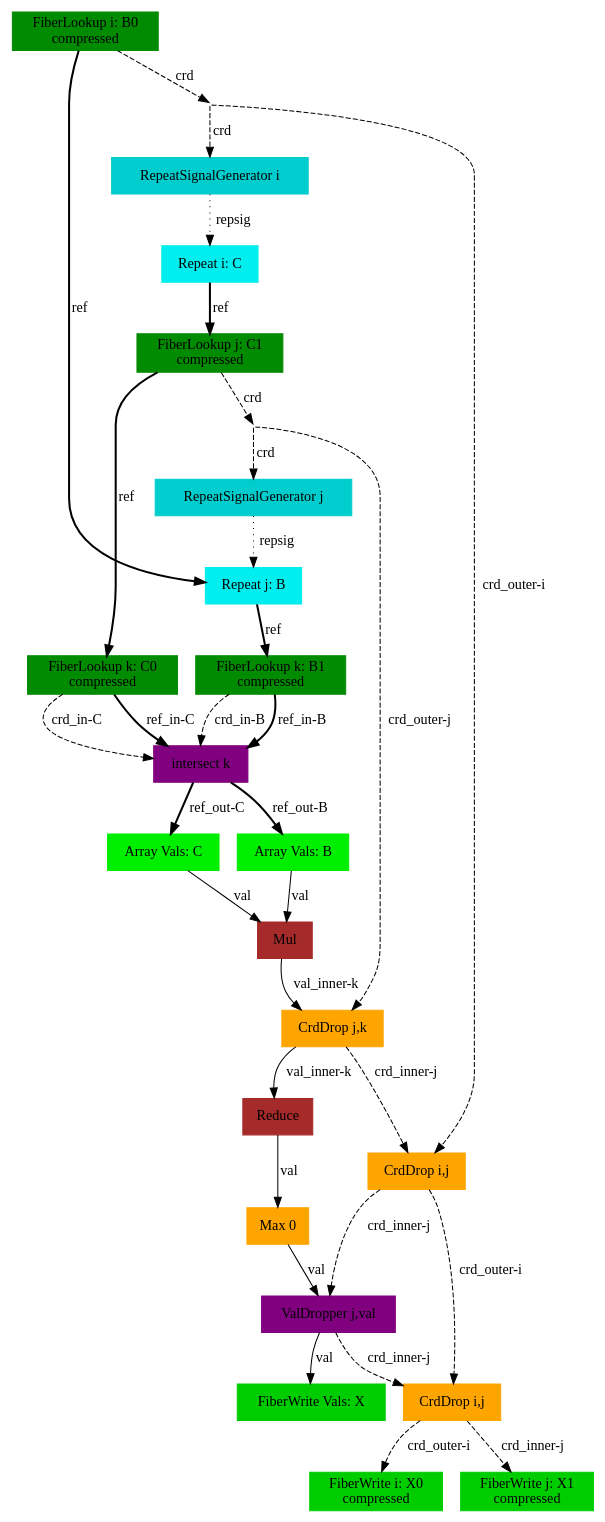
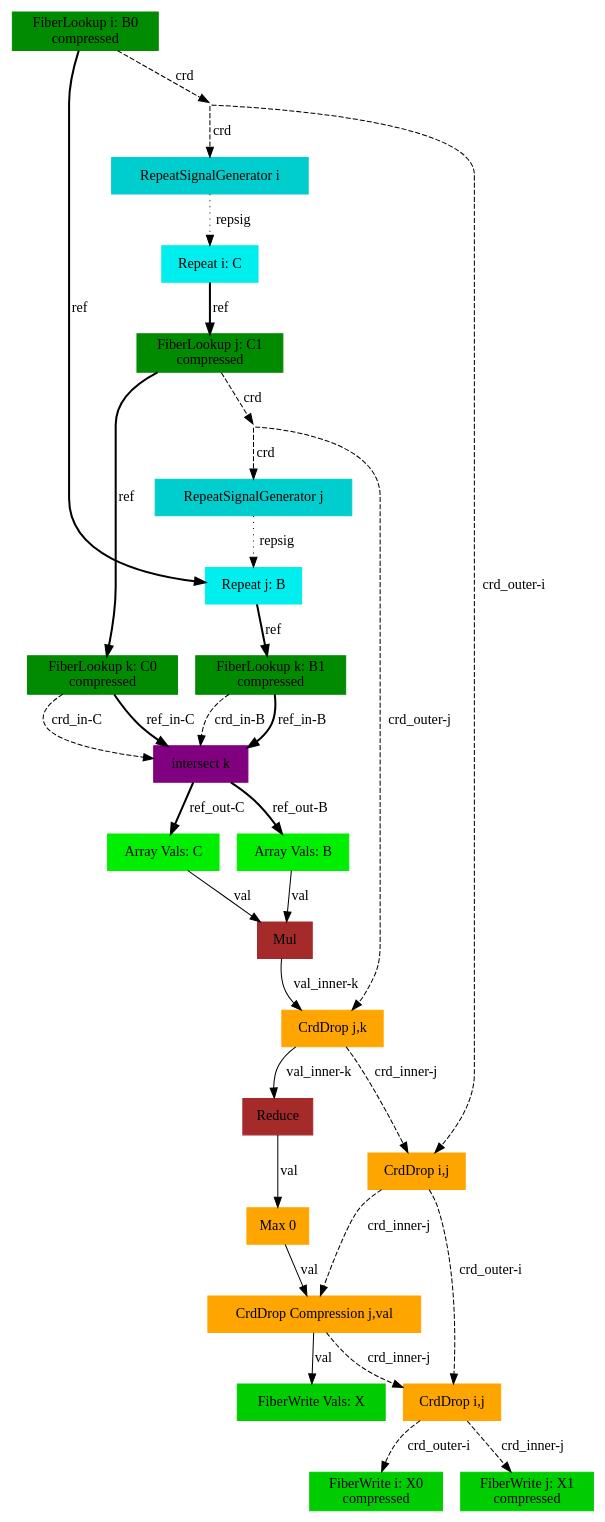
One commit to weiya711/sam changed the diagram in compiler/sam-outputs/opal-dot/matmul_ijk_crddrop_relu.gv. Above: the diagram before and after it, drawn with Graphviz.

Commit message:
updated matmul_ijk_relu graph

```diff
--- a/compiler/sam-outputs/opal-dot/matmul_ijk_crddrop_relu.gv
+++ b/compiler/sam-outputs/opal-dot/matmul_ijk_crddrop_relu.gv
@@ -1,60 +1,60 @@
 digraph SAM {
     comment="X=ss01,B=ss01,C=ss10"
     17 [comment="type=fiberlookup,index=i,tensor=B,mode=0,format=compressed,src=true,root=true" label="FiberLookup i: B0\ncompressed" color=green4 shape=box style=filled type="fiberlookup" index="i" tensor="B" mode="0" format="compressed" src="true" root="true"]
     16 [comment="type=broadcast" shape=point style=invis type="broadcast"]
     2 [comment="type=fiberwrite,index=i,tensor=X,mode=0,format=compressed,segsize=2,crdsize=B0_dim,sink=true" label="FiberWrite i: X0\ncompressed" color=green3 shape=box style=filled type="fiberwrite" index="i" tensor="X" mode="0" format="compressed" segsize="2" crdsize="B0_dim" sink="true"]
     15 [comment="type=repsiggen,index=i" label="RepeatSignalGenerator i" color=cyan3 shape=box style=filled type="repsiggen" index="i"]
     14 [comment="type=repeat,index=i,tensor=C,root=true" label="Repeat i: C" color=cyan2 shape=box style=filled type="repeat" index="i" tensor="C" root="true"]
     13 [comment="type=fiberlookup,index=j,tensor=C,mode=1,format=compressed,src=true,root=false" label="FiberLookup j: C1\ncompressed" color=green4 shape=box style=filled type="fiberlookup" index="j" tensor="C" mode="1" format="compressed" src="true" root="false"]
     12 [comment="type=broadcast" shape=point style=invis type="broadcast"]
     1 [comment="type=fiberwrite,index=j,tensor=X,mode=1,format=compressed,segsize=B0_dim+1,crdsize=B0_dim*C1_dim,sink=true" label="FiberWrite j: X1\ncompressed" color=green3 shape=box style=filled type="fiberwrite" index="j" tensor="X" mode="1" format="compressed" segsize="B0_dim+1" crdsize="B0_dim*C1_dim" sink="true"]
     11 [comment="type=repsiggen,index=j" label="RepeatSignalGenerator j" color=cyan3 shape=box style=filled type="repsiggen" index="j"]
     10 [comment="type=repeat,index=j,tensor=B,root=false" label="Repeat j: B" color=cyan2 shape=box style=filled type="repeat" index="j" tensor="B" root="false"]
     8 [comment="type=fiberlookup,index=k,tensor=B,mode=1,format=compressed,src=true,root=false" label="FiberLookup k: B1\ncompressed" color=green4 shape=box style=filled type="fiberlookup" index="k" tensor="B" mode="1" format="compressed" src="true" root="false"]
     7 [comment="type=intersect,index=k" label="intersect k" color=purple shape=box style=filled type="intersect" index="k"]
     5 [comment="type=arrayvals,tensor=B" label="Array Vals: B" color=green2 shape=box style=filled type="arrayvals" tensor="B"]
     4 [comment="type=mul" label="Mul" color=brown shape=box style=filled type="mul"]
     3 [comment="type=reduce" label="Reduce" color=brown shape=box style=filled type="reduce"]
     0 [comment="type=fiberwrite,mode=vals,tensor=X,size=1*B0_dim*C1_dim,sink=true" label="FiberWrite Vals: X" color=green3 shape=box style=filled type="fiberwrite" tensor="X" mode="vals" size="1*B0_dim*C1_dim" sink="true"]
     6 [comment="type=arrayvals,tensor=C" label="Array Vals: C" color=green2 shape=box style=filled type="arrayvals" tensor="C"]
     9 [comment="type=fiberlookup,index=k,tensor=C,mode=0,format=compressed,src=true,root=false" label="FiberLookup k: C0\ncompressed" color=green4 shape=box style=filled type="fiberlookup" index="k" tensor="C" mode="0" format="compressed" src="true" root="false"]
     18 [comment="type=crddrop,outer=i,inner=j" label="CrdDrop i,j" color=orange shape=box style=filled type="crddrop" outer="i" inner="j"]
     19 [comment="type=crddrop,outer=j,inner=k" label="CrdDrop j,k" color=orange shape=box style=filled type="crddrop" outer="j" inner="k"]
     20 [comment="type=max" label="Max 0" color=orange shape=box style=filled type="max"]
-    21 [comment="type=valdrop,outer=j,inner=val" label="ValDropper j,val" color=purple shape=box style=filled type="valdrop" outer="j" inner="val"]
+    21 [comment="type=crddrop,outer=j,inner=val,mode=0" label="CrdDrop Compression j,val" color=orange shape=box style=filled type="crddrop" outer="j" inner="val" mode="1"]
     22 [comment="type=crddrop,outer=i,inner=j" label="CrdDrop i,j" color=orange shape=box style=filled type="crddrop" outer="i" inner="j"]
     17 -> 16 [label="crd" style=dashed type="crd" comment=""]
     16 -> 15 [label="crd" style=dashed type="crd"]
     15 -> 14 [label="repsig" style=dotted type="repsig"]
     14 -> 13 [label="ref" style=bold type="ref"]
     13 -> 12 [label="crd" style=dashed type="crd" comment=""]
     12 -> 11 [label="crd" style=dashed type="crd"]
     11 -> 10 [label="repsig" style=dotted type="repsig"]
     10 -> 8 [label="ref" style=bold type="ref"]
     8 -> 7 [label="crd_in-B" style=dashed type="crd" comment="in-B"]
     7 -> 5 [label="ref_out-B" style=bold type="ref" comment="out-B"]
     5 -> 4 [label="val" type="val"]
     7 -> 6 [label="ref_out-C" style=bold type="ref" comment="out-C"]
     6 -> 4 [label="val" type="val"]
     8 -> 7 [label="ref_in-B" style=bold type="ref" comment="in-B"]
     13 -> 9 [label="ref" style=bold type="ref" comment=""]
     9 -> 7 [label="crd_in-C" style=dashed type="crd" comment="in-C"]
     9 -> 7 [label="ref_in-C" style=bold type="ref" comment="in-C"]
     17 -> 10 [label="ref" style=bold type="ref" comment=""]
     
     4 -> 19 [label="val_inner-k" type="val" comment="inner-k"]
     12 -> 19 [label="crd_outer-j" style=dashed type="crd" comment="outer-j"]
     19 -> 3 [label="val_inner-k" type="val" comment="inner-k"]
     3 -> 20 [label="val" type="val" comment="val"]
     20 -> 21 [label="val" type="val" comment="relu-val"]
     18 -> 21 [label="crd_inner-j" style=dashed type="crd" comment="inner-j"]
     21 -> 22 [label="crd_inner-j" style=dashed type="crd" comment="inner-j"]
     18 -> 22 [label="crd_outer-i" style=dashed type="crd" comment="outer-i"] 
 
     19 -> 18 [label="crd_inner-j" style=dashed type="crd" comment="inner-j"] 
     16 -> 18 [label="crd_outer-i" style=dashed type="crd" comment="outer-i"]
     21 -> 0 [label="val" type="val"]
     
     22 -> 2 [label="crd_outer-i" style=dashed type="crd" comment="outer-i"] 
     22 -> 1 [label="crd_inner-j" style=dashed type="crd" comment="inner-j"]
 }
```
